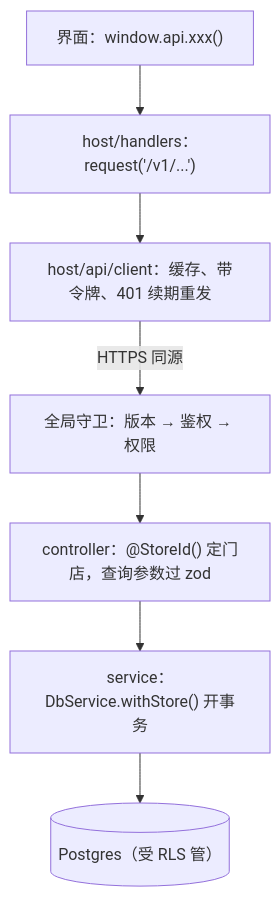
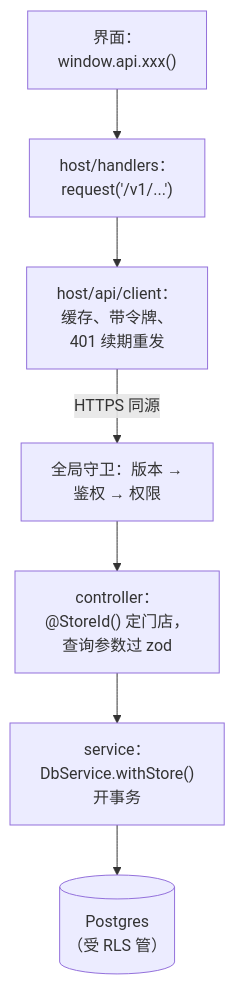
Before and after one commit to jarvis-pro/hatch-shelf: the first of 2 diagrams in books/system-design/02-layers-boundaries.md, drawn with Mermaid. The commit also changed other lines of this file and 432 other files, not shown here.

````diff
--- a/books/system-design/02-layers-boundaries.md
+++ b/books/system-design/02-layers-boundaries.md
@@ -22,9 +22,9 @@
 ```mermaid
 flowchart TD
-  UI["界面：window.api.xxx()"] --> H["host/handlers：request('/v1/...')"]
-  H --> C["host/api/client：缓存、带令牌、401 续期重发"]
-  C -->|HTTPS 同源| G["全局守卫：版本 → 鉴权 → 权限"]
-  G --> CT["controller：@StoreId() 定门店，查询参数过 zod"]
-  CT --> S["service：DbService.withStore() 开事务"]
-  S --> DB[("Postgres（受 RLS 管）")]
+  UI["界面：<br/>window.api.xxx()"] --> H["host/handlers：<br/>request('/v1/...')"]
+  H --> C["host/api/client：<br/>缓存、带令牌、<br/>401 续期重发"]
+  C -->|HTTPS 同源| G["全局守卫：版本 →<br/>鉴权 → 权限"]
+  G --> CT["controller：<br/>@StoreId() 定门店，<br/>查询参数过 zod"]
+  CT --> S["service：<br/>DbService.withStore()<br/>开事务"]
+  S --> DB[("Postgres<br/>（受 RLS 管）")]
 ```
````
